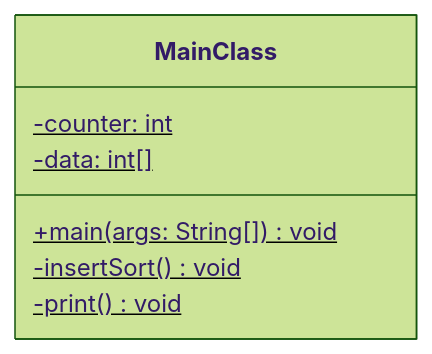
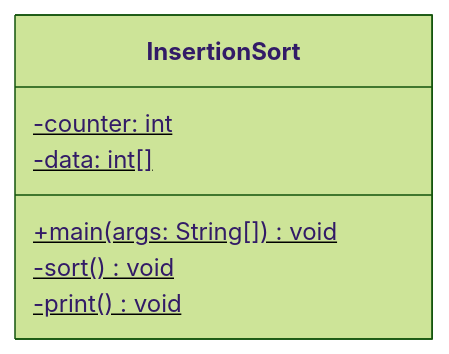
The first of 4 diagrams in docs/exam-exercises/exam-exercises-java1/insertion-sort.md (jappuccini/java-docs), drawn with Mermaid (forest theme) before and after one commit. The commit also changed other lines of this file and 3 other files, not shown here.

````diff
--- a/docs/exam-exercises/exam-exercises-java1/insertion-sort.md
+++ b/docs/exam-exercises/exam-exercises-java1/insertion-sort.md
@@ -12,10 +12,10 @@
 ```mermaid
 classDiagram
-    class MainClass {
+    class InsertionSort {
         -counter: int$
         -data: int[]$
         +main(args: String[]) void$
-        -insertSort() void$
+        -sort() void$
         -print() void$
     }
 ```
````
